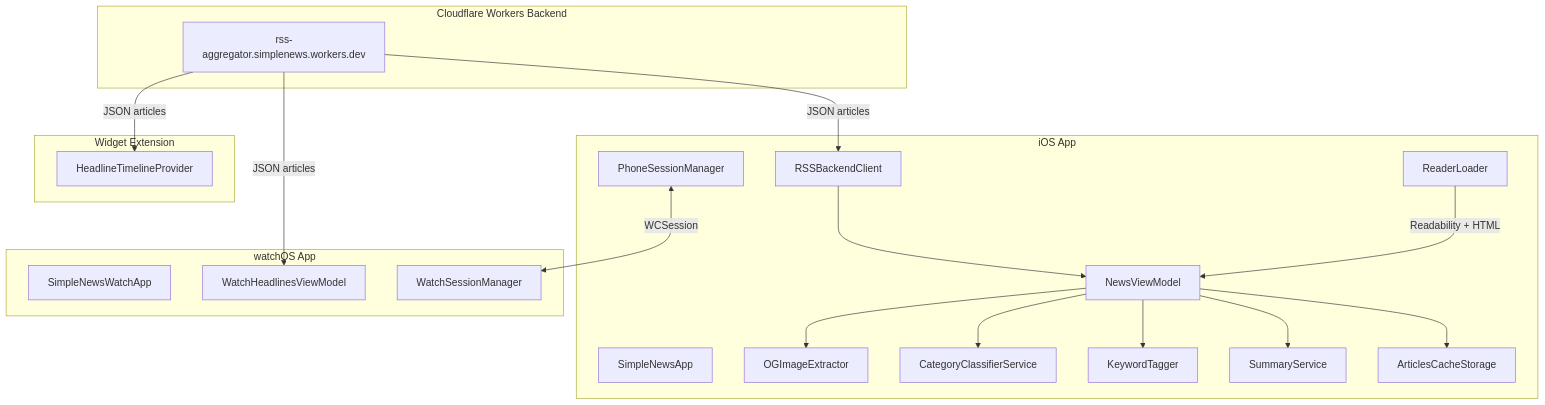
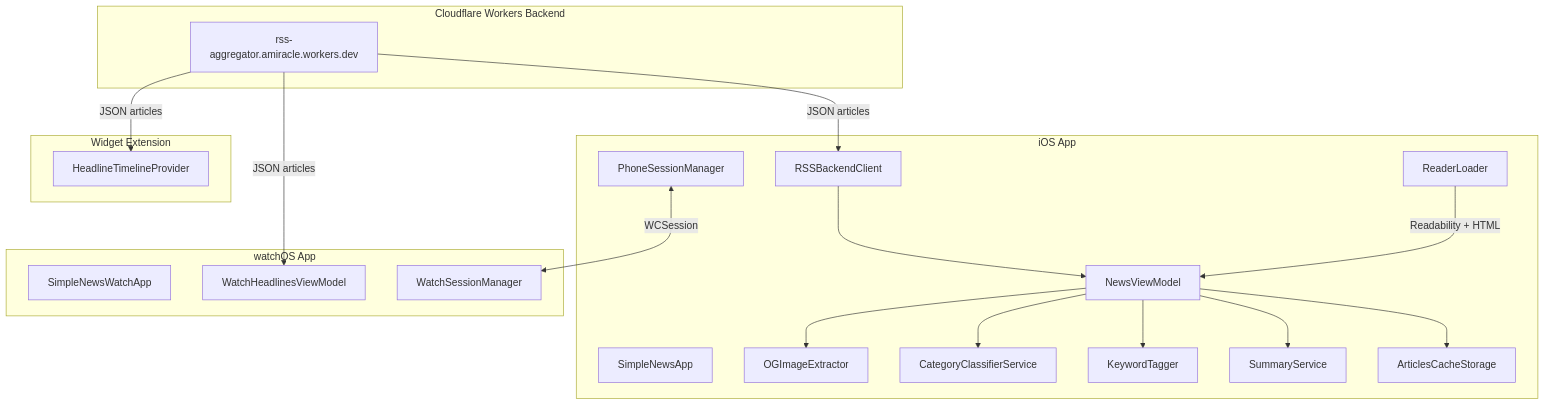
One commit to azeltz/SimpleNewsApp changed the first of 10 diagrams in ARCHITECTURE.md. Above: the diagram before and after it, drawn with Mermaid. The commit also changed other lines of this file and 22 other files, not shown here.

````diff
--- a/ARCHITECTURE.md
+++ b/ARCHITECTURE.md
@@ -11,41 +11,41 @@
 ```mermaid
 graph TD
     subgraph Backend["Cloudflare Workers Backend"]
-        API["rss-aggregator.simplenews.workers.dev"]
+        API["rss-aggregator.amiracle.workers.dev"]
     end
 
     subgraph iOS["iOS App"]
         App["SimpleNewsApp"]
         VM["NewsViewModel"]
         RSS["RSSBackendClient"]
         OG["OGImageExtractor"]
         Reader["ReaderLoader"]
         ML["CategoryClassifierService"]
         KW["KeywordTagger"]
         Summary["SummaryService"]
         Cache["ArticlesCacheStorage"]
         Phone["PhoneSessionManager"]
     end
 
     subgraph Watch["watchOS App"]
         WatchApp["SimpleNewsWatchApp"]
         WatchVM["WatchHeadlinesViewModel"]
         WatchConn["WatchSessionManager"]
     end
 
     subgraph Widget["Widget Extension"]
         WidgetProvider["HeadlineTimelineProvider"]
     end
 
     API -->|JSON articles| RSS
     API -->|JSON articles| WatchVM
     API -->|JSON articles| WidgetProvider
     RSS --> VM
     VM --> OG
     VM --> ML
     VM --> KW
     VM --> Summary
     VM --> Cache
     Phone <-->|WCSession| WatchConn
     Reader -->|Readability + HTML| VM
 ```
````
